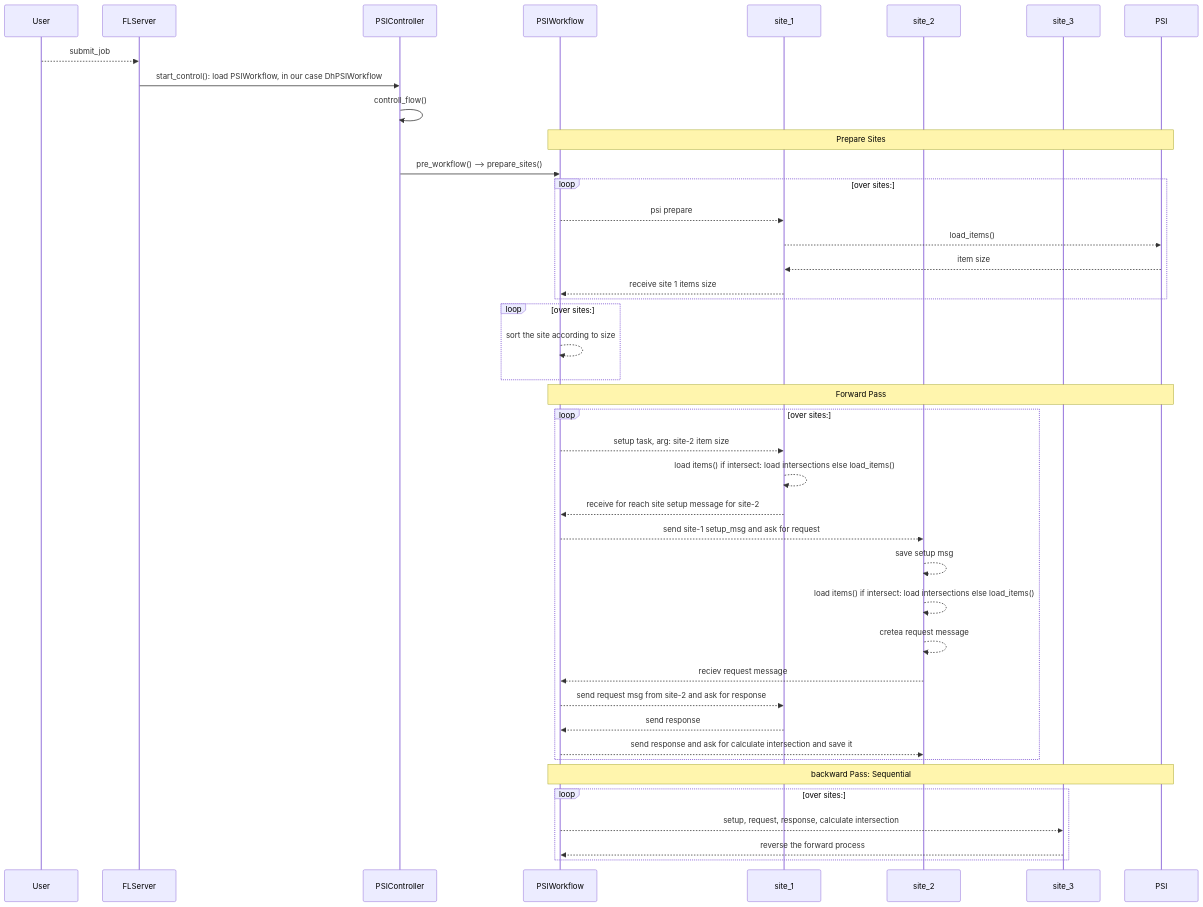
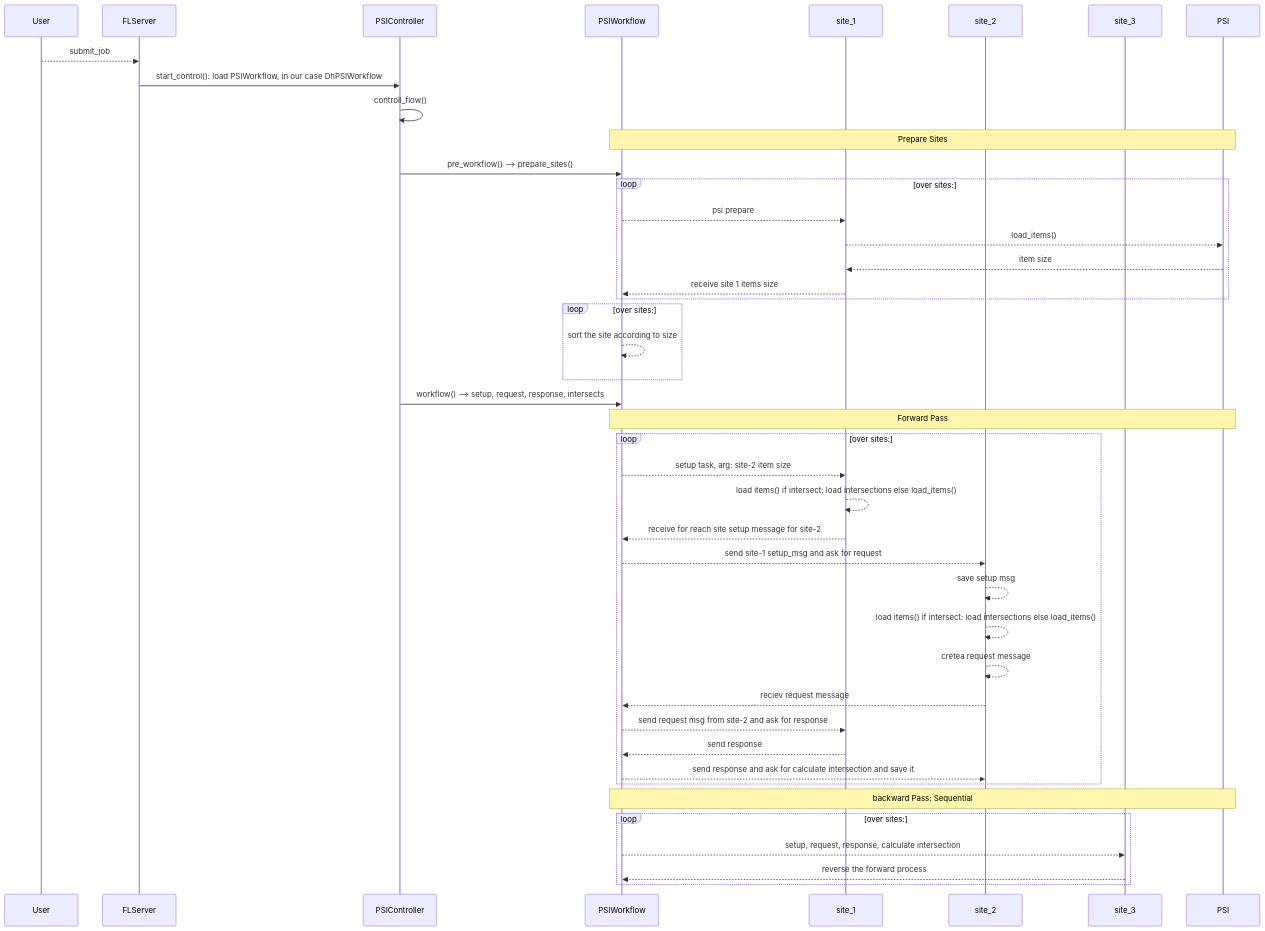
The diagram in nvflare/app_common/psi/README.md (NVIDIA/NVFlare), drawn with Mermaid before and after one commit.

Commit message:
add sequence diagram

````diff
--- a/nvflare/app_common/psi/README.md
+++ b/nvflare/app_common/psi/README.md
@@ -5,55 +5,56 @@
 ```mermaid
  
 sequenceDiagram
     
     participant User 
     participant FLServer
     participant PSIController 
     participant PSIWorkflow
     participant site_1
     participant site_2
     participant site_3
     participant PSI
     
     User -->> FLServer : submit_job
     FLServer->> PSIController: start_control(): load PSIWorkflow, in our case DhPSIWorkflow 
     PSIController->>PSIController: controll_flow() 
     
     note over PSIWorkflow, PSI: Prepare Sites
     PSIController->>PSIWorkflow: pre_workflow() --> prepare_sites()
     loop over sites:
         PSIWorkflow -->> site_1 : psi prepare
         site_1 -->> PSI : load_items() 
         PSI -->> site_1: item size
         site_1 -->> PSIWorkflow: receive site 1 items size
     end
 
     loop over sites:
         PSIWorkflow -->> PSIWorkflow : sort the site according to size 
     end 
-
+    
+    PSIController->>PSIWorkflow: workflow() --> setup, request, response, intersects
     note over PSIWorkflow, PSI : Forward Pass
     loop over sites: 
         
         PSIWorkflow -->> site_1 : setup task, arg: site-2 item size
         site_1 -->> site_1 :  load items() if intersect: load intersections else load_items() 
         site_1 -->> PSIWorkflow: receive for reach site setup message for site-2
             
         PSIWorkflow -->> site_2 : send site-1 setup_msg and ask for request 
         site_2 -->> site_2 : save setup msg
         site_2 -->> site_2 : load items() if intersect: load intersections else load_items() 
         site_2 -->> site_2 : cretea request message
          
         site_2 -->> PSIWorkflow: reciev request message  
         PSIWorkflow -->> site_1: send request msg from site-2 and ask for response
         site_1 -->> PSIWorkflow: send response
         PSIWorkflow -->> site_2: send response and ask for calculate intersection and save it
     end    
     
       note over PSIWorkflow, PSI : backward Pass: Sequential
     loop over sites:   
       PSIWorkflow -->> site_3 : setup, request, response, calculate intersection
       site_3 -->> PSIWorkflow : reverse the forward process
     end
 
 ```
````
